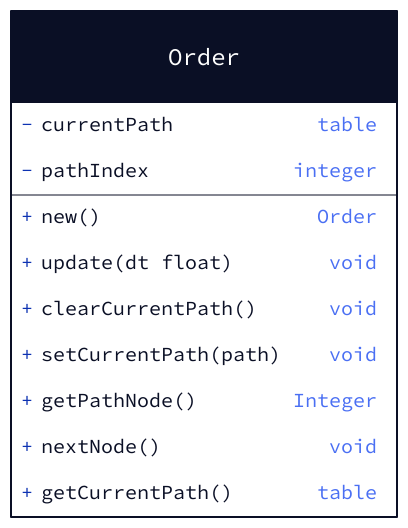
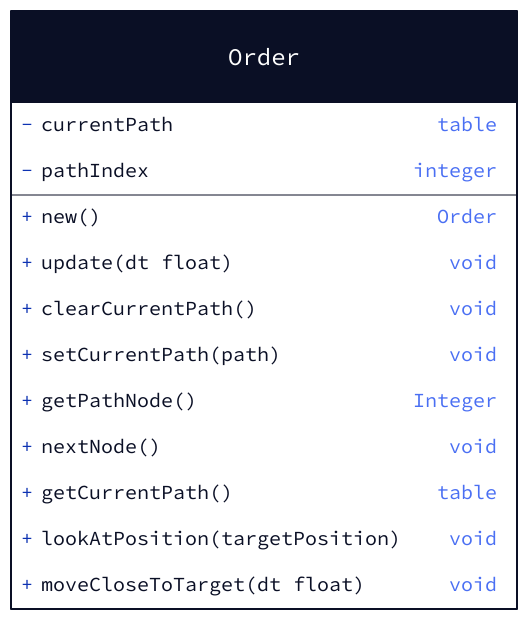
One commit to valcriss/gamingcampus-m1-lua-battletank changed the diagram in docs/order.d2. Above: the diagram before and after it, drawn with D2. The commit also changed 11 other files, not shown here.

```diff
--- a/docs/order.d2
+++ b/docs/order.d2
@@ -1,15 +1,17 @@
 Order: {
   shape: class
 
   -currentPath: table
   -pathIndex: integer
 
   +new(): Order
 
   +update(dt float): void
   +clearCurrentPath(): void
   +setCurrentPath(path): void
   +getPathNode(): Integer
   +nextNode(): void
   +getCurrentPath(): table
+  +lookAtPosition(targetPosition): void
+  +moveCloseToTarget(dt float): void
 }
```
